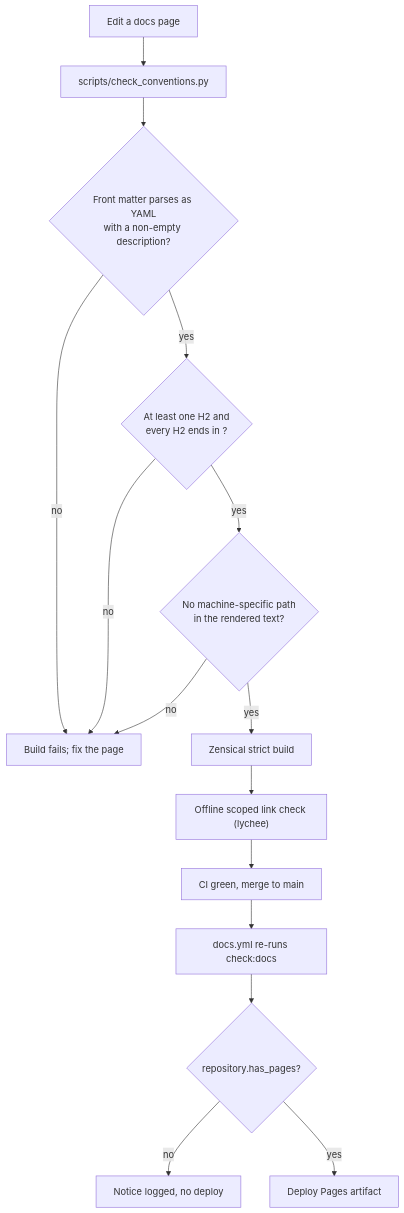
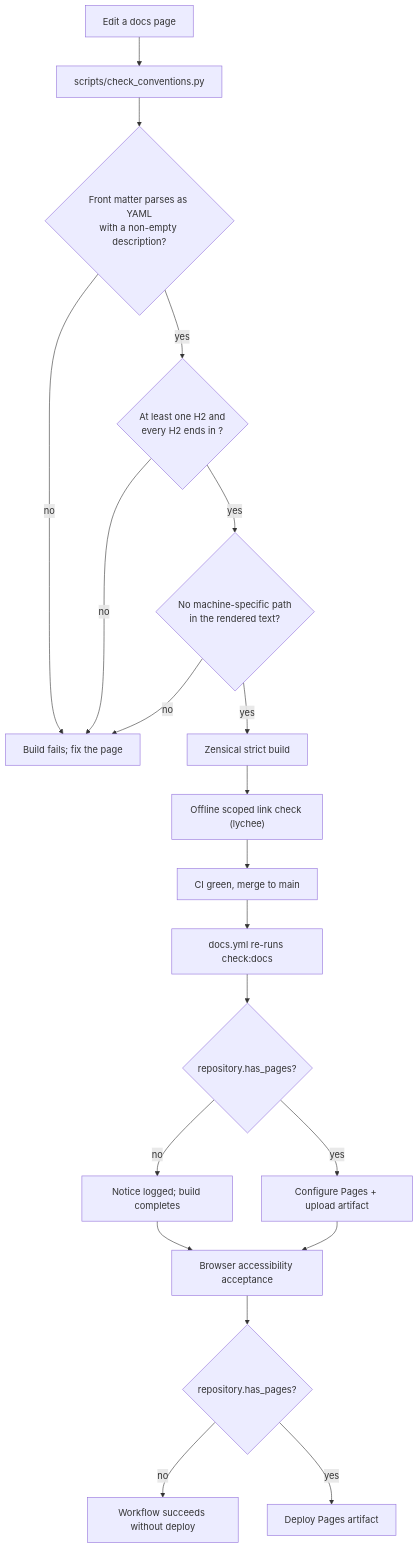
The second of 2 diagrams in docs/8. Community/8.4. Documentation.md (LuiGGi629/agentops-open-course), drawn with Mermaid before and after one commit. The commit also changed other lines of this file and 6 other files, not shown here.

````diff
--- a/docs/8. Community/8.4. Documentation.md
+++ b/docs/8. Community/8.4. Documentation.md
@@ -189,17 +189,22 @@
 ```mermaid
 flowchart TD
     edit["Edit a docs page"] --> gate["scripts/check_conventions.py"]
     gate --> fm{"Front matter parses as YAML<br/>with a non-empty description?"}
     fm -- no --> stop["Build fails; fix the page"]
     fm -- yes --> hq{"At least one H2 and<br/>every H2 ends in ?"}
     hq -- no --> stop
     hq -- yes --> mp{"No machine-specific path<br/>in the rendered text?"}
     mp -- no --> stop
     mp -- yes --> strict["Zensical strict build"]
     strict --> lynx["Offline scoped link check (lychee)"]
     lynx --> merged["CI green, merge to main"]
     merged --> docs["docs.yml re-runs check:docs"]
     docs --> haspages{"repository.has_pages?"}
-    haspages -- no --> skip["Notice logged, no deploy"]
-    haspages -- yes --> deploy["Deploy Pages artifact"]
+    haspages -- no --> skip["Notice logged; build completes"]
+    haspages -- yes --> upload["Configure Pages + upload artifact"]
+    skip --> access["Browser accessibility acceptance"]
+    upload --> access
+    access --> deploygate{"repository.has_pages?"}
+    deploygate -- no --> done["Workflow succeeds without deploy"]
+    deploygate -- yes --> deploy["Deploy Pages artifact"]
 ```
````
